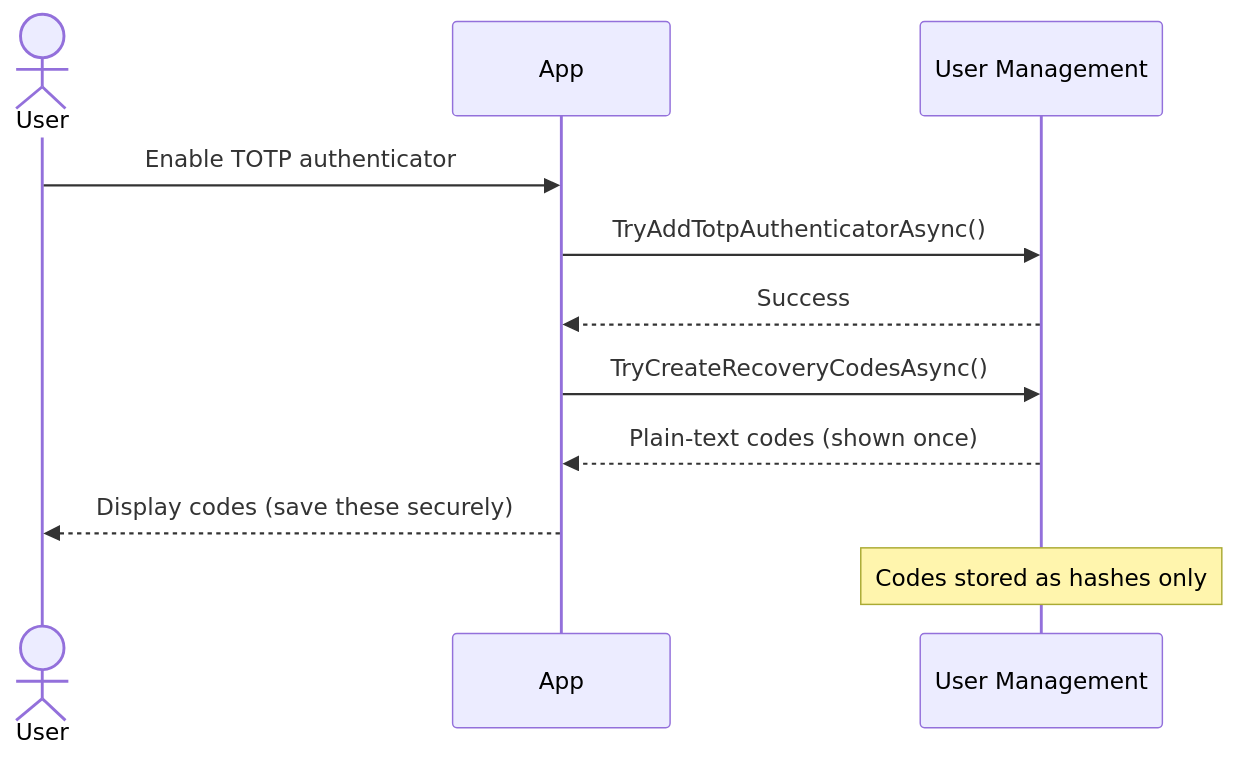
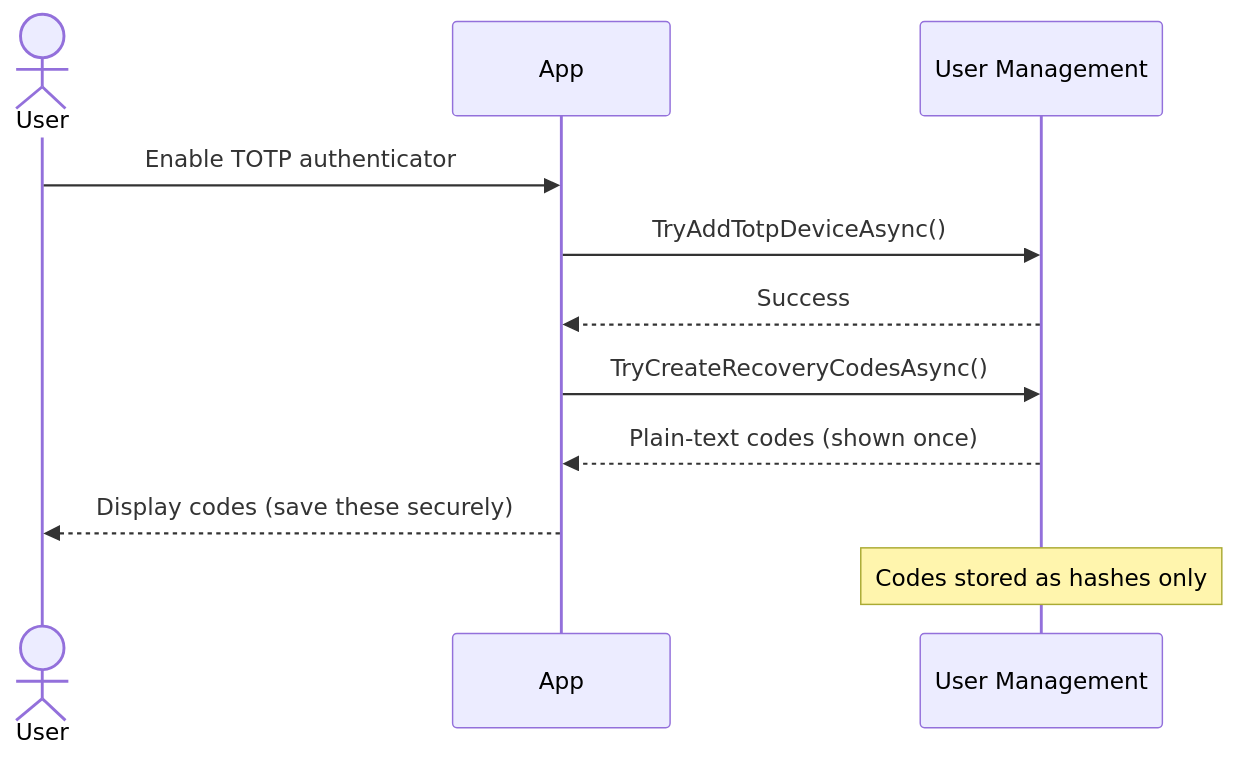
The first of 2 diagrams in astro/src/content/docs/identityserver/usermanagement/authentication/recovery-codes.mdx (DuendeSoftware/docs.duendesoftware.com), drawn with Mermaid before and after one commit. The commit also changed other lines of this file and 10 other files, not shown here.

Commit message:
docs: update user management terminology and interfaces for clarity and consistency

````diff
--- a/astro/src/content/docs/identityserver/usermanagement/authentication/recovery-codes.mdx
+++ b/astro/src/content/docs/identityserver/usermanagement/authentication/recovery-codes.mdx
@@ -28,14 +28,14 @@
 ```mermaid
 sequenceDiagram
     actor User
     participant App
     participant UserManagement as User Management
 
     User->>App: Enable TOTP authenticator
-    App->>UserManagement: TryAddTotpAuthenticatorAsync()
+    App->>UserManagement: TryAddTotpDeviceAsync()
     UserManagement-->>App: Success
     App->>UserManagement: TryCreateRecoveryCodesAsync()
     UserManagement-->>App: Plain-text codes (shown once)
     App-->>User: Display codes (save these securely)
     Note over UserManagement: Codes stored as hashes only
 ```
````
